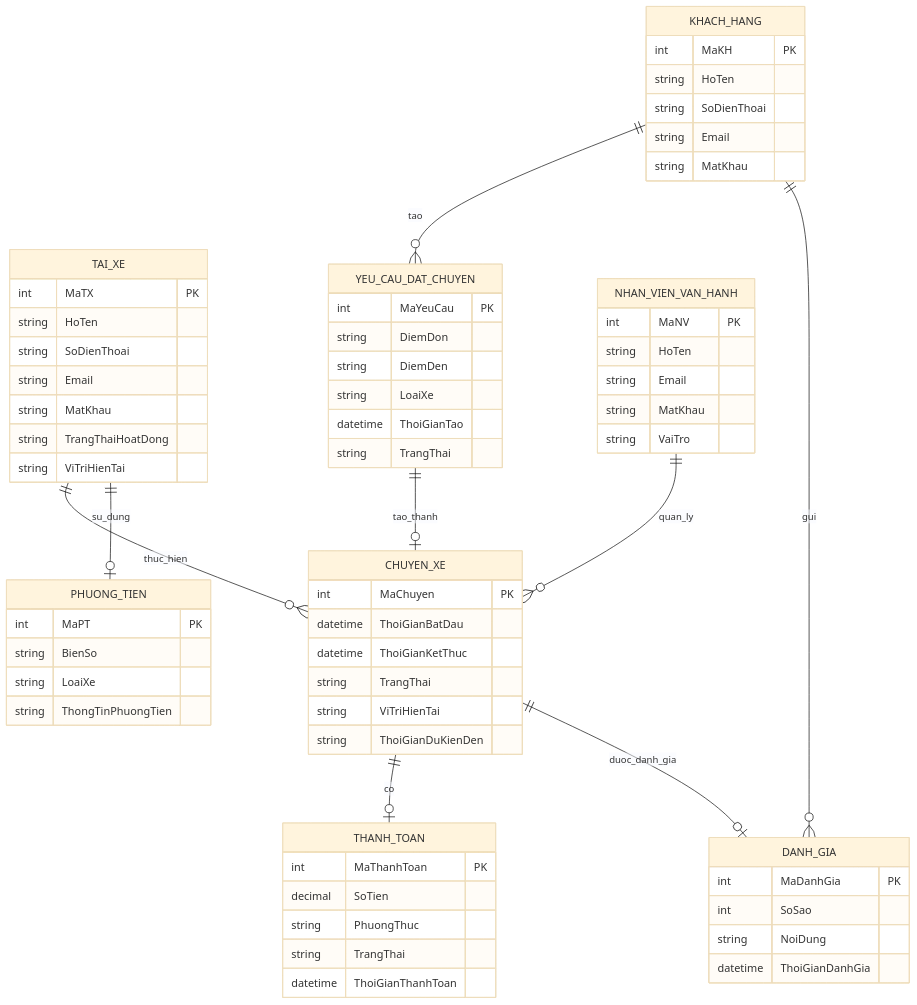
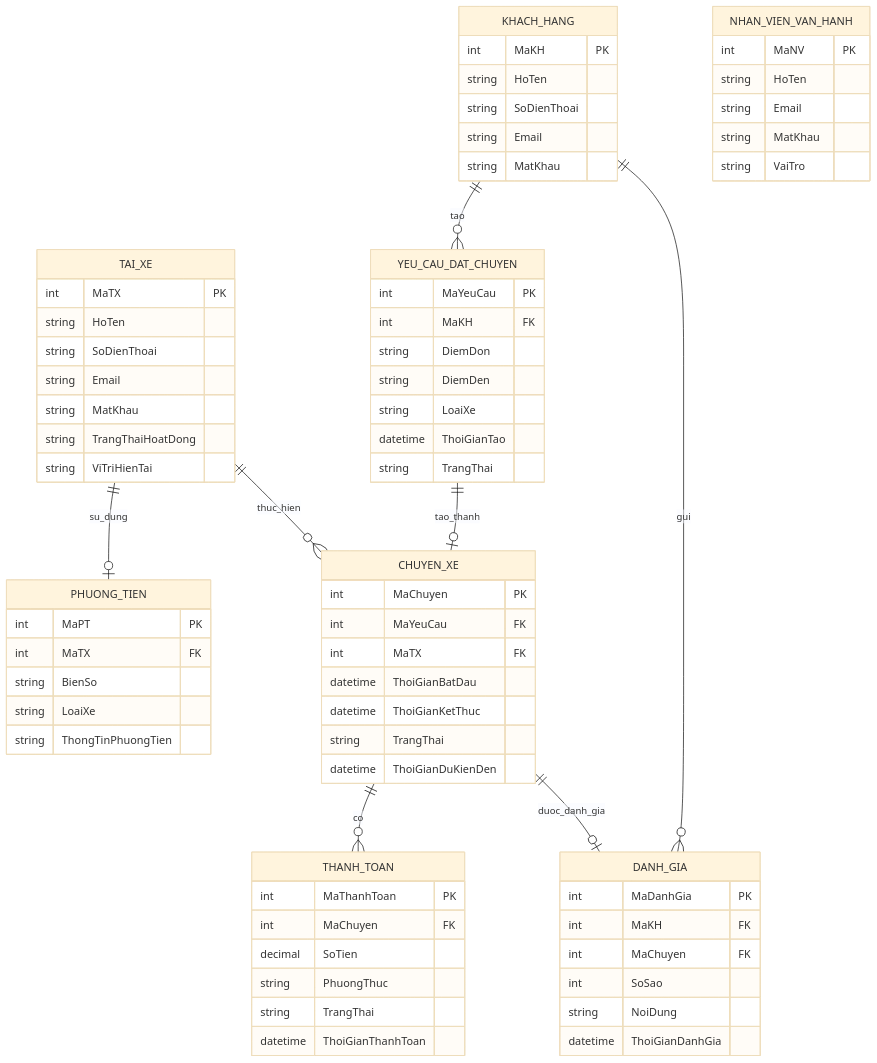
Before and after one commit to My3115/23656951_PhungTanThaoMy_CabSystem: the second of 3 diagrams in srs.md, drawn with Mermaid (base theme). The commit also changed other lines of this file, not shown here.

````diff
--- a/srs.md
+++ b/srs.md
@@ -409,6 +454,7 @@
 
     PHUONG_TIEN {
         int MaPT PK
+        int MaTX FK
         string BienSo
         string LoaiXe
         string ThongTinPhuongTien
@@ -416,6 +462,7 @@
 
     YEU_CAU_DAT_CHUYEN {
         int MaYeuCau PK
+        int MaKH FK
         string DiemDon
         string DiemDen
         string LoaiXe
@@ -425,15 +472,17 @@
 
     CHUYEN_XE {
         int MaChuyen PK
+        int MaYeuCau FK
+        int MaTX FK
         datetime ThoiGianBatDau
         datetime ThoiGianKetThuc
         string TrangThai
-        string ViTriHienTai
-        string ThoiGianDuKienDen
+        datetime ThoiGianDuKienDen
     }
 
     THANH_TOAN {
         int MaThanhToan PK
+        int MaChuyen FK
         decimal SoTien
         string PhuongThuc
         string TrangThai
@@ -442,6 +491,8 @@
 
     DANH_GIA {
         int MaDanhGia PK
+        int MaKH FK
+        int MaChuyen FK
         int SoSao
         string NoiDung
         datetime ThoiGianDanhGia
@@ -459,8 +510,7 @@
     YEU_CAU_DAT_CHUYEN ||--o| CHUYEN_XE : "tao_thanh"
     TAI_XE ||--o{ CHUYEN_XE : "thuc_hien"
     TAI_XE ||--o| PHUONG_TIEN : "su_dung"
-    CHUYEN_XE ||--o| THANH_TOAN : "co"
+    CHUYEN_XE ||--o{ THANH_TOAN : "co"
     KHACH_HANG ||--o{ DANH_GIA : "gui"
     CHUYEN_XE ||--o| DANH_GIA : "duoc_danh_gia"
-    NHAN_VIEN_VAN_HANH ||--o{ CHUYEN_XE : "quan_ly"
 ```
````
